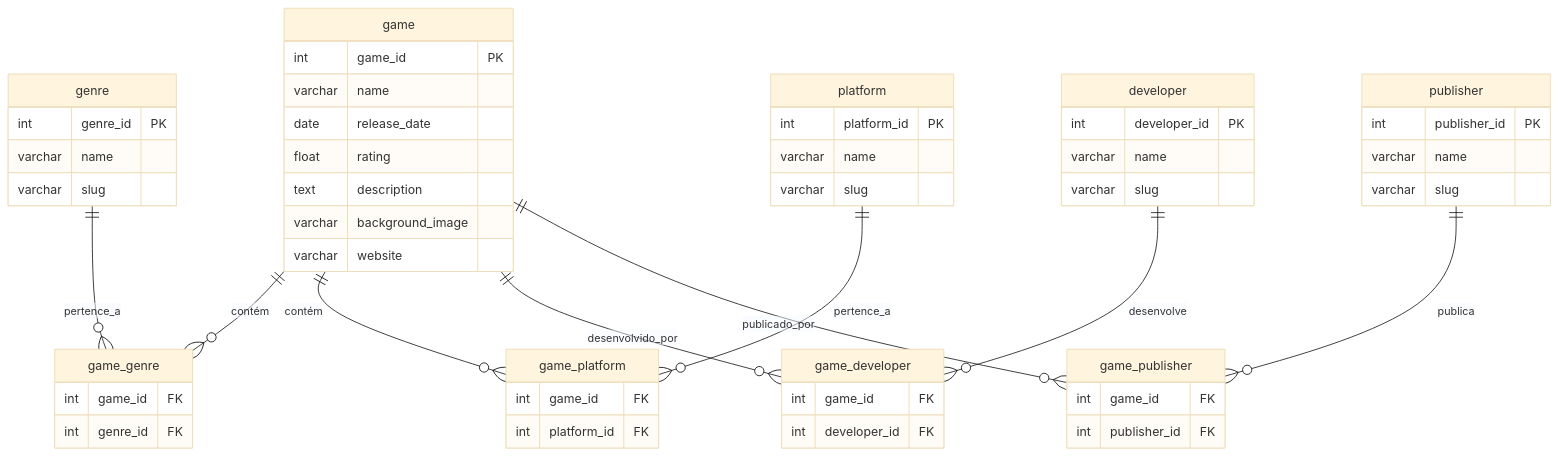
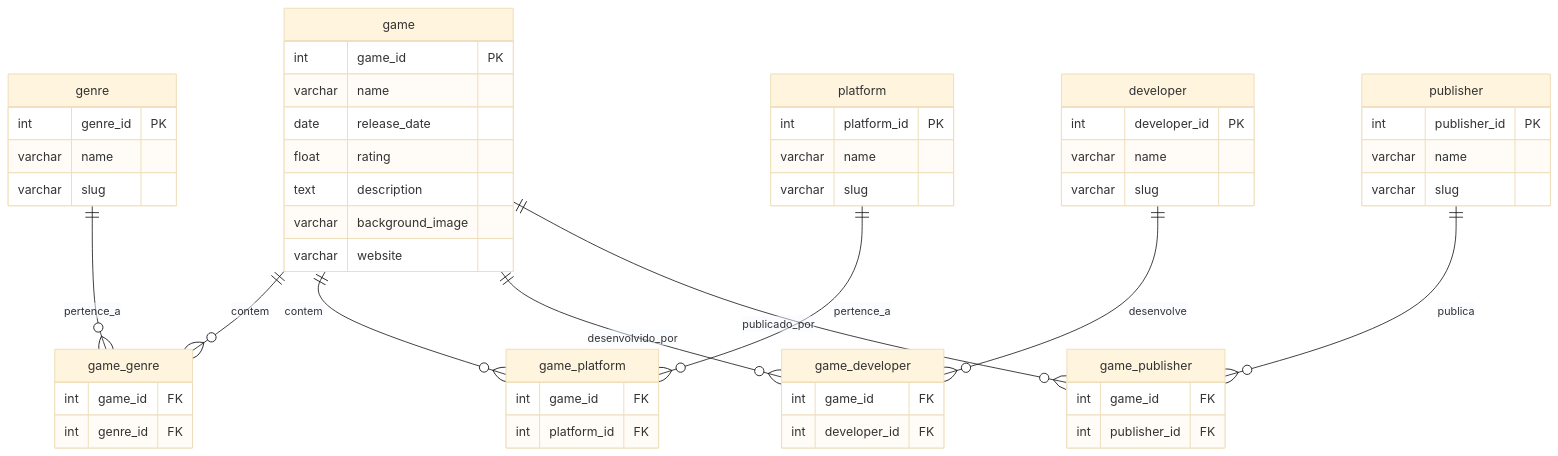
The diagram in README.md (nullifidianz/DB-Jogo), drawn with Mermaid (base theme) before and after one commit.

````diff
--- a/README.md
+++ b/README.md
@@ -14,65 +14,65 @@
 ```mermaid
 erDiagram
-    game ||--o{ game_genre : contém
-    game ||--o{ game_platform : contém
+    game ||--o{ game_genre : contem
+    game ||--o{ game_platform : contem
     game ||--o{ game_developer : desenvolvido_por
     game ||--o{ game_publisher : publicado_por
     genre ||--o{ game_genre : pertence_a
     platform ||--o{ game_platform : pertence_a 
     developer ||--o{ game_developer : desenvolve
     publisher ||--o{ game_publisher : publica
 
     game {
         int game_id PK
         varchar name
         date release_date
         float rating
         text description
         varchar background_image
         varchar website
     }
 
     genre {
         int genre_id PK
         varchar name
         varchar slug
     }
 
     game_genre {
         int game_id FK
         int genre_id FK
     }
 
     platform {
         int platform_id PK
         varchar name
         varchar slug
     }
 
     game_platform {
         int game_id FK
         int platform_id FK
     }
 
     developer {
         int developer_id PK
         varchar name
         varchar slug
     }
 
     game_developer {
         int game_id FK
         int developer_id FK
     }
 
     publisher {
         int publisher_id PK
         varchar name
         varchar slug
     }
 
     game_publisher {
         int game_id FK
         int publisher_id FK
     }
 ```
````
